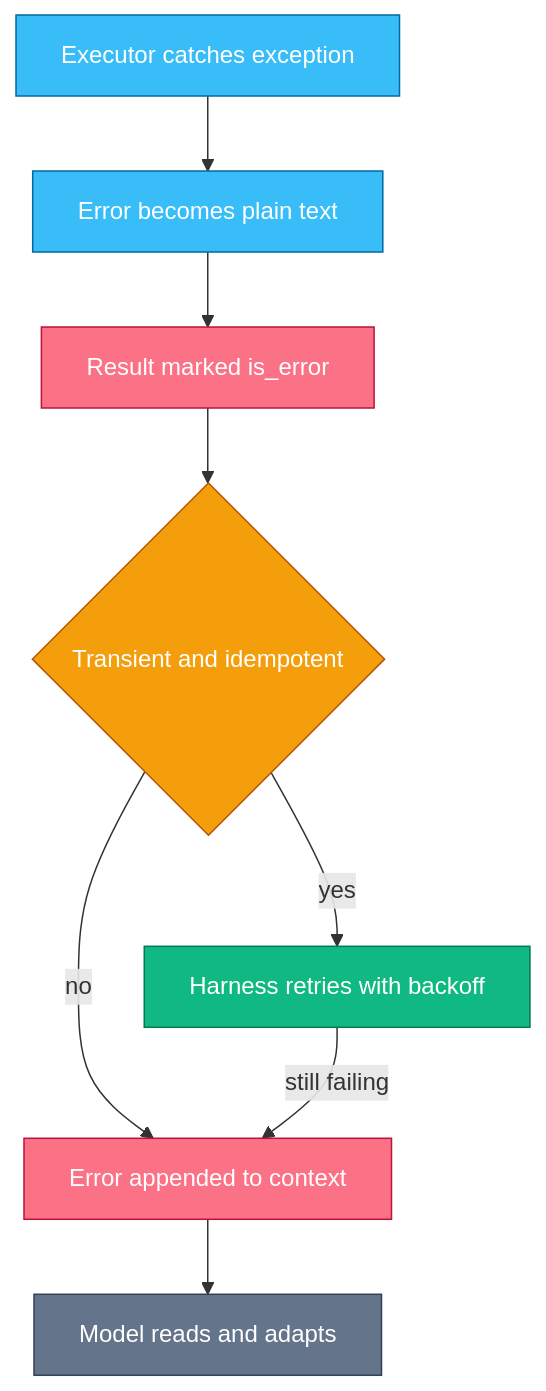
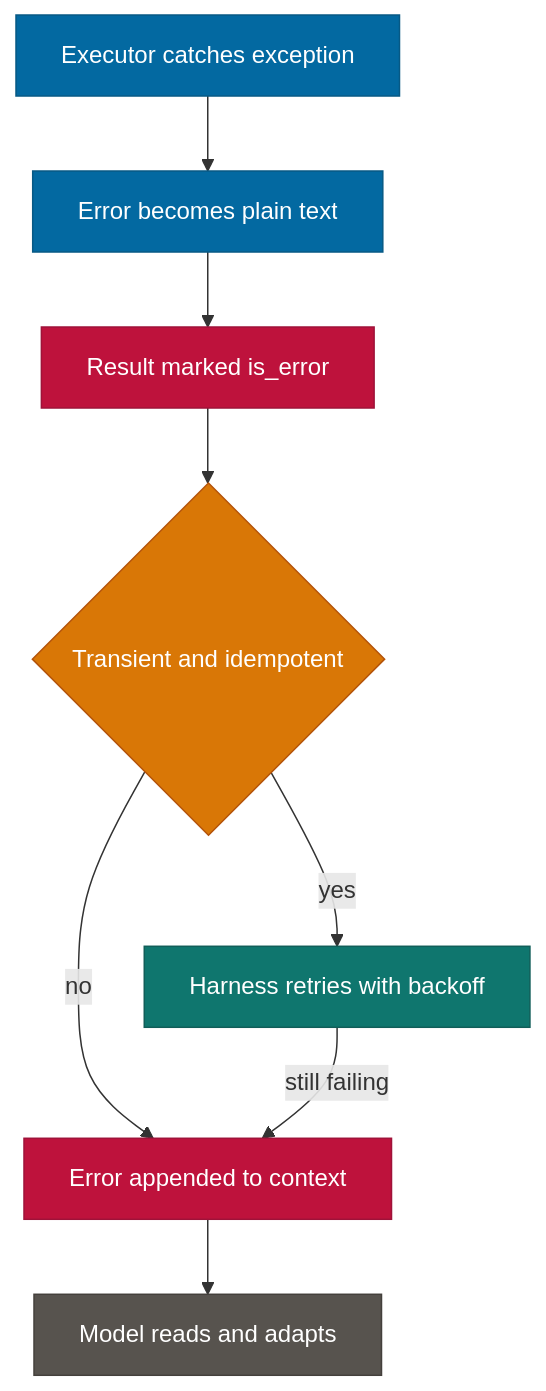
One commit to sanketsudake/agentic-engineering changed the second of 3 diagrams in chapters/ch04.md. Above: the diagram before and after it, drawn with Mermaid. The commit also changed 23 other files, not shown here.

````diff
--- a/chapters/ch04.md
+++ b/chapters/ch04.md
@@ -168,20 +168,20 @@
 ```mermaid
 flowchart TD
   A[Executor catches exception] --> B[Error becomes plain text]
   B --> C[Result marked is_error]
   C --> D{Transient and idempotent}
   D -->|yes| E[Harness retries with backoff]
   D -->|no| F[Error appended to context]
   E -->|still failing| F
   F --> G[Model reads and adapts]
-  classDef process fill:#38bdf8,stroke:#0369a1,color:#fff
-  classDef resource fill:#fb7185,stroke:#be123c,color:#fff
-  classDef lease fill:#f59e0b,stroke:#b45309,color:#fff
-  classDef leader fill:#10b981,stroke:#047857,color:#fff
-  classDef external fill:#64748b,stroke:#334155,color:#fff
+  classDef process fill:#0369A1,stroke:#075985,color:#fff
+  classDef resource fill:#BE123C,stroke:#9F1239,color:#fff
+  classDef lease fill:#D97706,stroke:#B45309,color:#fff
+  classDef leader fill:#0F766E,stroke:#115E59,color:#fff
+  classDef external fill:#57534E,stroke:#44403C,color:#fff
   class A,B process
   class C,F resource
   class D lease
   class E leader
   class G external
 ```
````
